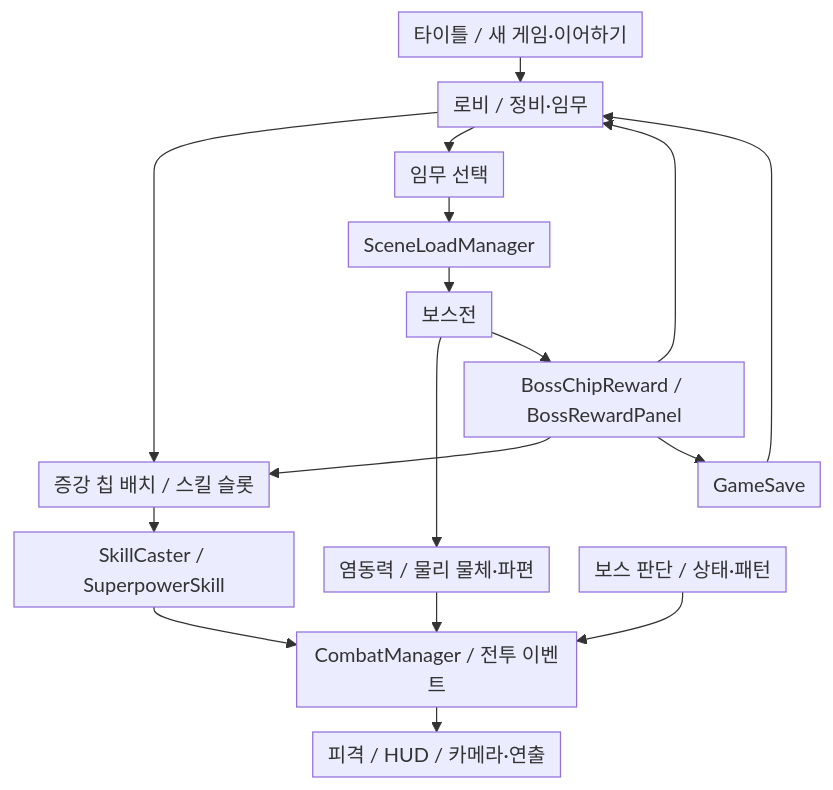
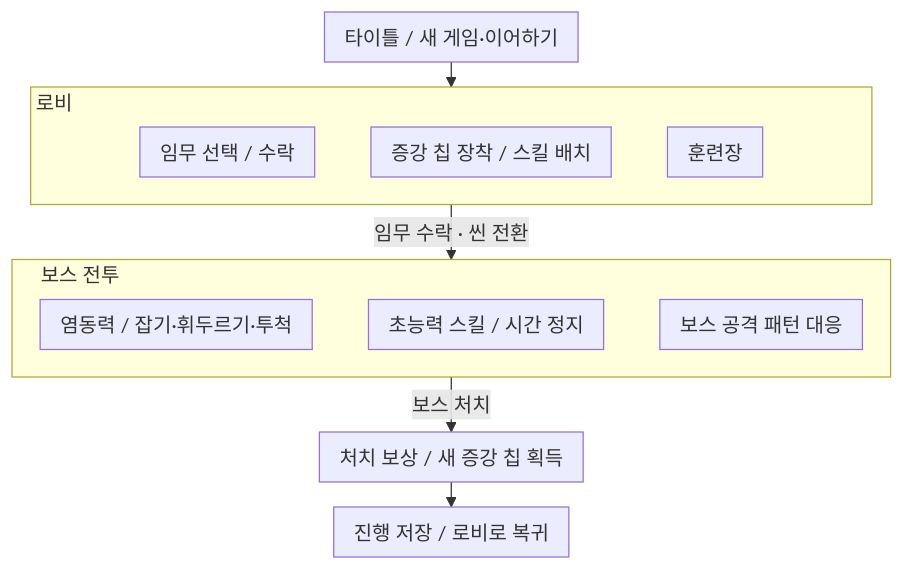
One commit to keeeery/portfolio changed the first of 13 diagrams in src/4-ODDITY/TechDoc_ODDITY.md. Above: the diagram before and after it, drawn with Mermaid. The commit also changed other lines of this file and 13 other files, not shown here.

Commit message:
기술 문서: 다이어그램 다듬기와 부가 설명 문구 통일, Arcanist 구조도를 전투·카드 개요로, ODDITY 보스 장 정리와 염동력 시연 GIF, 코드 발췌 머리 주석 통일, 데이터 다시 빌드

````diff
--- a/src/4-ODDITY/TechDoc_ODDITY.md
+++ b/src/4-ODDITY/TechDoc_ODDITY.md
@@ -80,20 +33,20 @@
 ```mermaid
-%%{init: {"flowchart": {"rankSpacing": 20, "nodeSpacing": 24, "padding": 6}}}%%
+%%{init: {"flowchart": {"rankSpacing": 20, "nodeSpacing": 24, "padding": 8, "subGraphTitleMargin": {"top": 0, "bottom": 10}}}}%%
 flowchart TB
-    Title[타이틀 / 새 게임·이어하기] --> Lobby[로비 / 정비·임무]
-    Lobby --> Chips[증강 칩 배치 / 스킬 슬롯]
-    Lobby --> Mission[임무 선택]
-    Mission --> Scene[SceneLoadManager]
-    Scene --> Battle[보스전]
-    Chips --> Skills[SkillCaster / SuperpowerSkill]
-    Battle --> Psy[염동력 / 물리 물체·파편]
-    Skills --> Combat[CombatManager / 전투 이벤트]
-    Psy --> Combat
-    Boss[보스 판단 / 상태·패턴] --> Combat
-    Combat --> Feedback[피격 / HUD / 카메라·연출]
-    Battle --> Reward[BossChipReward / BossRewardPanel]
-    Reward --> Chips
-    Reward --> Lobby
-    Reward --> Save[GameSave]
-    Save --> Lobby
+    Title[타이틀 / 새 게임·이어하기] --> LobbyOuter
+
+    subgraph LobbyOuter["<div style='width:665px;'>로비</div>"]
+    direction LR
+    Mission[임무 선택 / 수락] ~~~ Chips[증강 칩 장착 / 스킬 배치] ~~~ Train[훈련장]
+    end
+
+    LobbyOuter -->|임무 수락 · 씬 전환| Outer
+
+    subgraph Outer["<div style='width:657px;'>보스 전투</div>"]
+    direction LR
+    Psy[염동력 / 잡기·휘두르기·투척] ~~~ Skills[초능력 스킬 / 시간 정지] ~~~ Boss[보스 공격 패턴 대응]
+    end
+
+    Outer -->|보스 처치| Reward[처치 보상 / 새 증강 칩 획득]
+    Reward --> Back[진행 저장 / 로비로 복귀]
 ```
````
